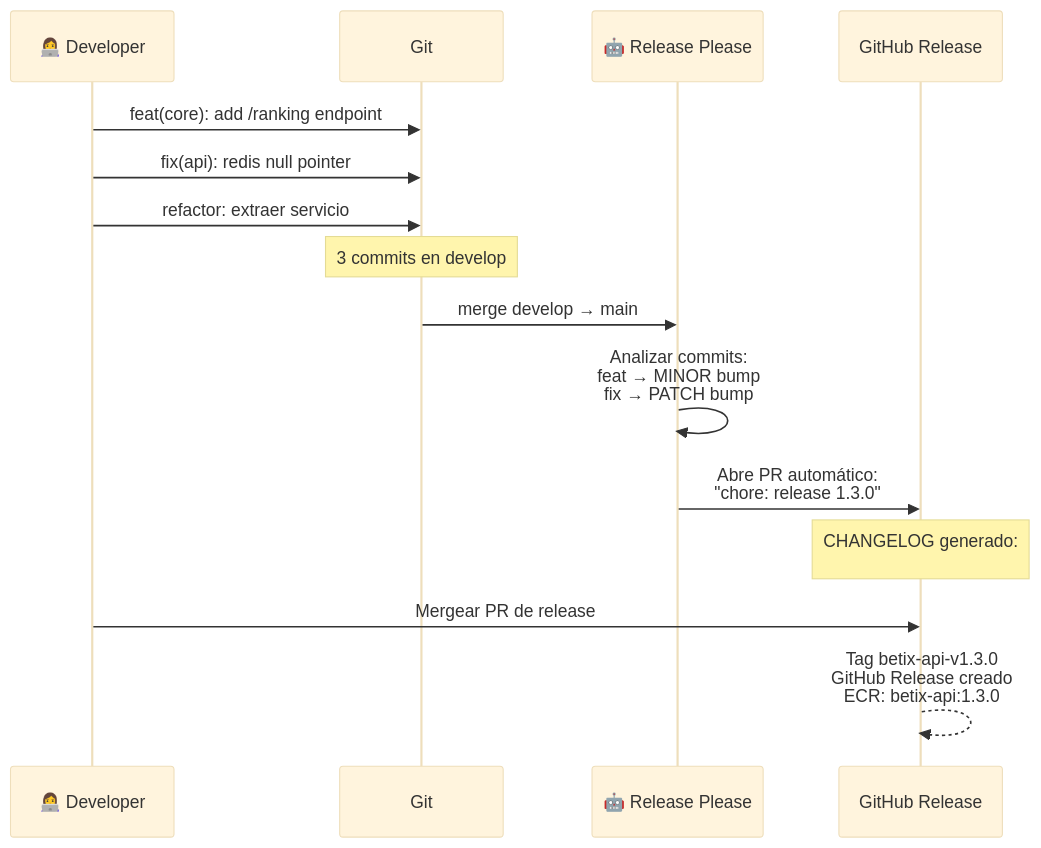
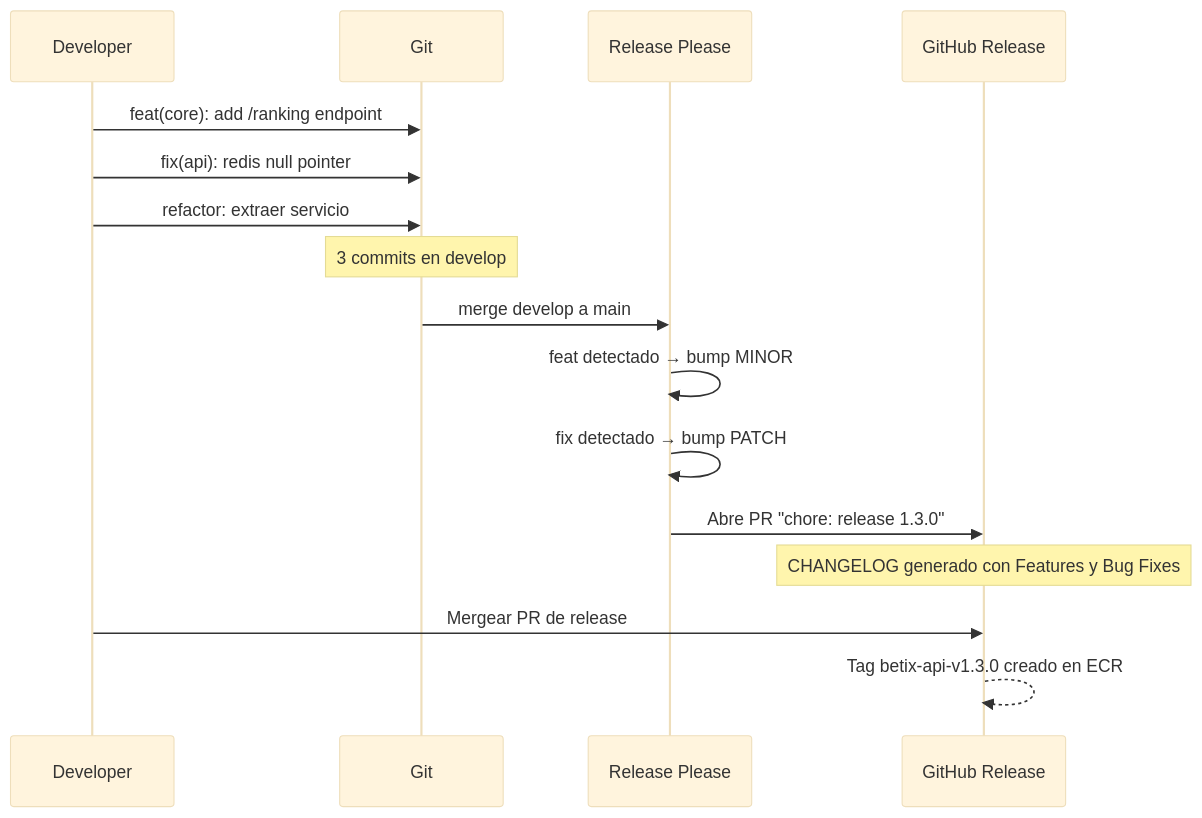
The fifth of 10 diagrams in docs/curso-entrenamiento/modulos/2.md (Neurus1970/betix), drawn with Mermaid (base theme) before and after one commit.

Commit message:
fix(curso): remove unsupported <br/> tags from sequenceDiagram in module 2
GitHub's Mermaid renderer does not support <br/> in sequenceDiagram
message labels, causing "svg element not in render tree" errors.
Replace multi-line labels with single-line equivalents.

````diff
--- a/docs/curso-entrenamiento/modulos/2.md
+++ b/docs/curso-entrenamiento/modulos/2.md
@@ -266,21 +266,22 @@
 ```mermaid
 sequenceDiagram
-    participant Dev as 👩‍💻 Developer
+    participant Dev as Developer
     participant Git as Git
-    participant RP as 🤖 Release Please
+    participant RP as Release Please
     participant GH as GitHub Release
 
     Dev->>Git: feat(core): add /ranking endpoint
     Dev->>Git: fix(api): redis null pointer
     Dev->>Git: refactor: extraer servicio
     Note over Git: 3 commits en develop
 
-    Git->>RP: merge develop → main
-    RP->>RP: Analizar commits:<br/>feat → MINOR bump<br/>fix → PATCH bump
-    RP->>GH: Abre PR automático:<br/>"chore: release 1.3.0"
+    Git->>RP: merge develop a main
+    RP->>RP: feat detectado → bump MINOR
+    RP->>RP: fix detectado → bump PATCH
+    RP->>GH: Abre PR "chore: release 1.3.0"
 
-    Note over GH: CHANGELOG generado:<br/>### Features<br/>- add /ranking endpoint<br/>### Bug Fixes<br/>- redis null pointer
+    Note over GH: CHANGELOG generado con Features y Bug Fixes
 
     Dev->>GH: Mergear PR de release
-    GH-->>GH: Tag betix-api-v1.3.0<br/>GitHub Release creado<br/>ECR: betix-api:1.3.0
+    GH-->>GH: Tag betix-api-v1.3.0 creado en ECR
 ```
````
